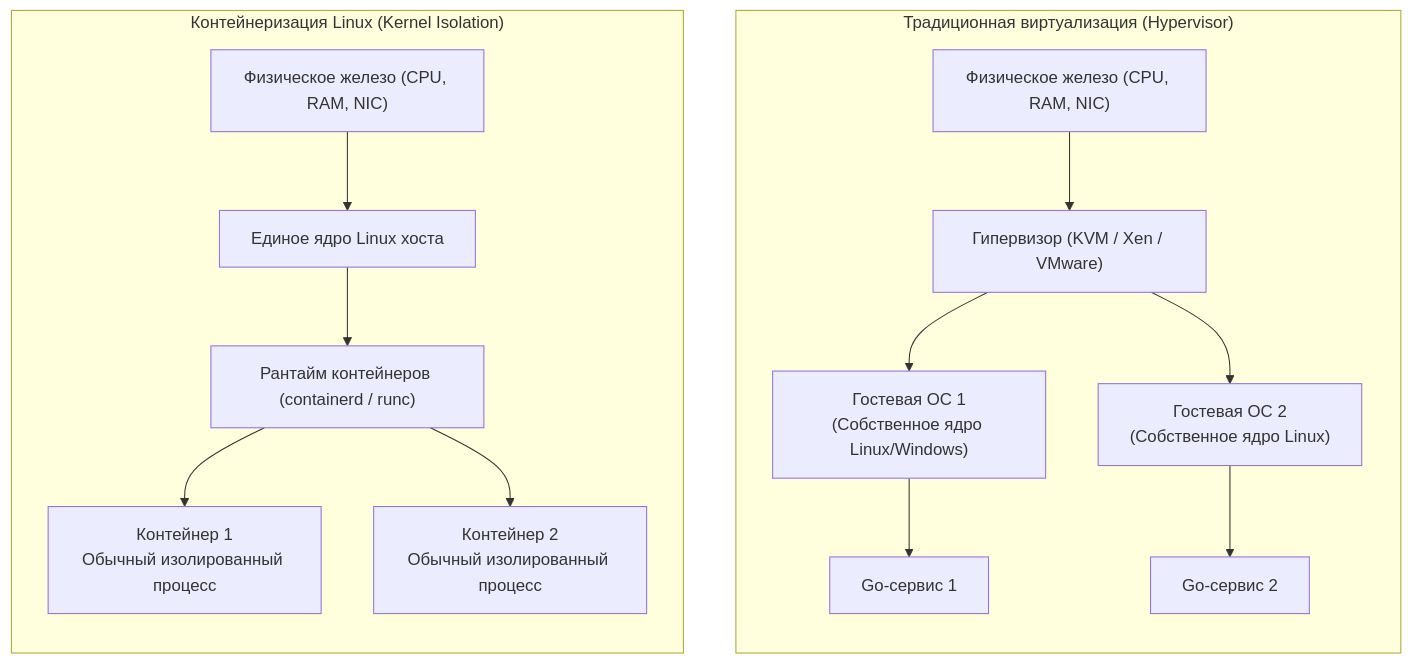
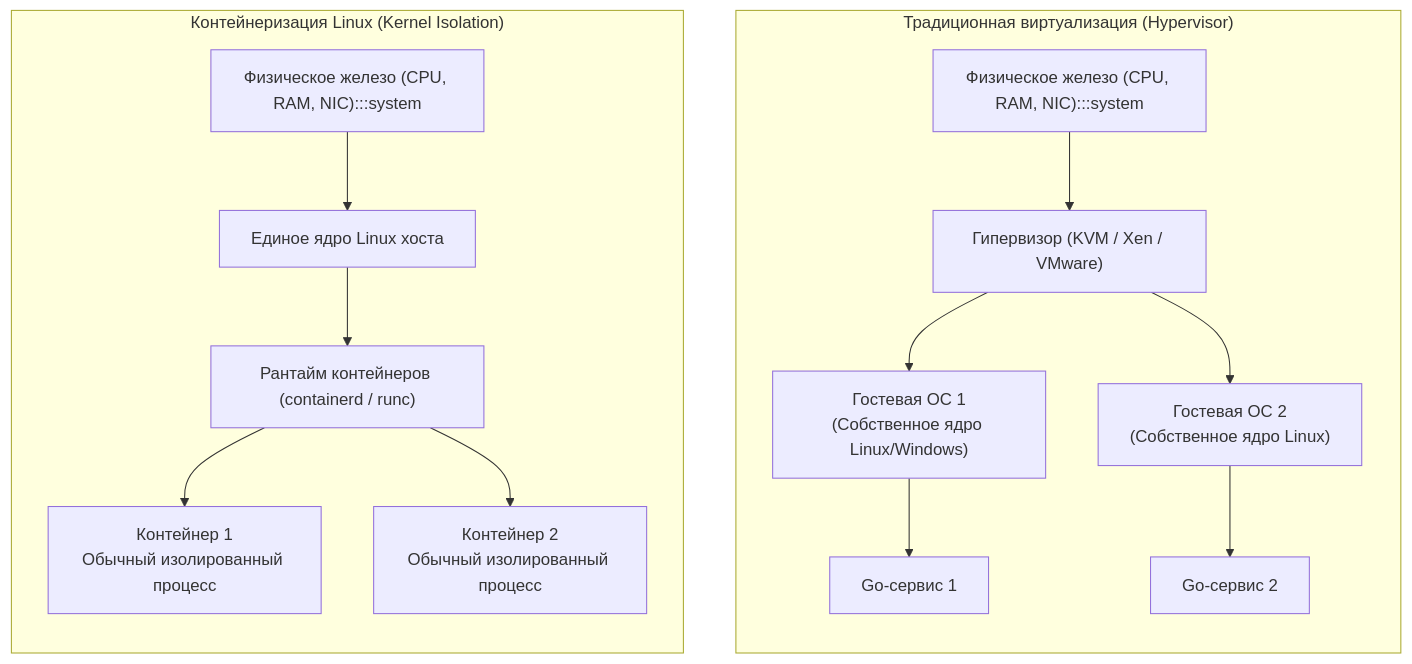
The first of 3 diagrams in sources/14. Распределенные системы на Go/07. Kubernetes и деплой/1. Контейнеризация и Docker.md (UnrealTemplier/go-textbook), drawn with Mermaid before and after one commit. The commit also changed other lines of this file and 1666 other files, not shown here.

First line of the commit message:
feat(mermaid): add semantic color classDef to 1369 colorless flowchart/graph diagrams

````diff
--- a/sources/14. Распределенные системы на Go/07. Kubernetes и деплой/1. Контейнеризация и Docker.md
+++ b/sources/14. Распределенные системы на Go/07. Kubernetes и деплой/1. Контейнеризация и Docker.md
@@ -23,17 +23,27 @@
 ```mermaid
 flowchart TD
+    classDef process  fill:#1e293b,stroke:#38bdf8,stroke-width:1px,color:#f8fafc
+    classDef success  fill:#064e3b,stroke:#34d399,stroke-width:1px,color:#f8fafc
+    classDef error    fill:#7f1d1d,stroke:#f87171,stroke-width:1px,color:#f8fafc
+    classDef warning  fill:#78350f,stroke:#fbbf24,stroke-width:1px,color:#f8fafc
+    classDef entry    fill:#1e3a5f,stroke:#38bdf8,stroke-width:2px,color:#f8fafc
+    classDef aux      fill:#334155,stroke:#64748b,stroke-width:1px,color:#f8fafc
+    classDef system   fill:#312e81,stroke:#a78bfa,stroke-width:1px,color:#f8fafc
+    classDef data     fill:#132d29,stroke:#2dd4bf,stroke-width:1px,color:#f8fafc
+    classDef network  fill:#881337,stroke:#fb7185,stroke-width:1px,color:#f8fafc
+    classDef accent   fill:#1e1b4b,stroke:#818cf8,stroke-width:1px,color:#f8fafc
     subgraph VM ["Традиционная виртуализация (Hypervisor)"]
         direction TB
-        H1["Физическое железо (CPU, RAM, NIC)"] --> HY["Гипервизор (KVM / Xen / VMware)"]
+        H1["Физическое железо (CPU, RAM, NIC):::system"] --> HY["Гипервизор (KVM / Xen / VMware)"]
         HY --> GOS1["Гостевая ОС 1<br>(Собственное ядро Linux/Windows)"] --> APP1["Go-сервис 1"]
         HY --> GOS2["Гостевая ОС 2<br>(Собственное ядро Linux)"] --> APP2["Go-сервис 2"]
     end
     
     subgraph Container ["Контейнеризация Linux (Kernel Isolation)"]
         direction TB
-        H2["Физическое железо (CPU, RAM, NIC)"] --> KERNEL["Единое ядро Linux хоста"]
+        H2["Физическое железо (CPU, RAM, NIC):::system"] --> KERNEL["Единое ядро Linux хоста"]
         KERNEL --> D["Рантайм контейнеров (containerd / runc)"]
         D --> C1["Контейнер 1<br>Обычный изолированный процесс"]
         D --> C2["Контейнер 2<br>Обычный изолированный процесс"]
     end
 ```
````
